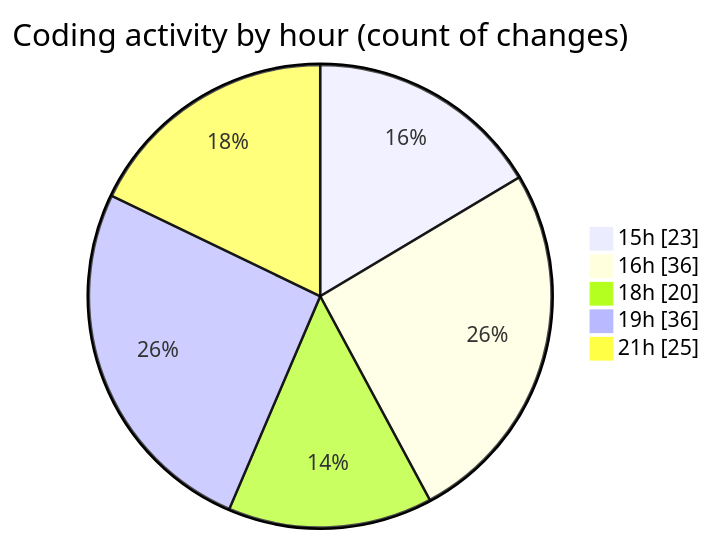
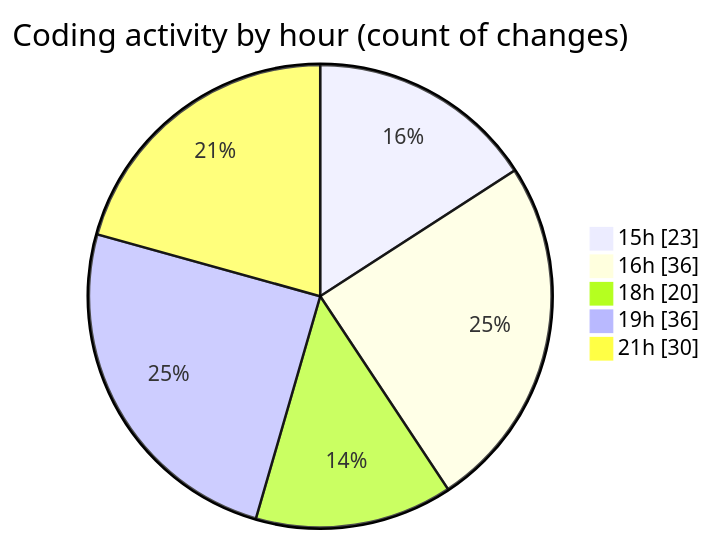
One commit to Netris89/code-tracking changed the second of 2 diagrams in 2025-04-01/back-end/README.md. Above: the diagram before and after it, drawn with Mermaid. The commit also changed other lines of this file and 1 other file, not shown here.

````diff
--- a/2025-04-01/back-end/README.md
+++ b/2025-04-01/back-end/README.md
@@ -38,9 +38,9 @@
 ```mermaid
 pie showData
 title Coding activity by hour (count of changes)
 "15h" : 23
 "16h" : 36
 "18h" : 20
 "19h" : 36
-"21h" : 25
+"21h" : 30
 ```
````
